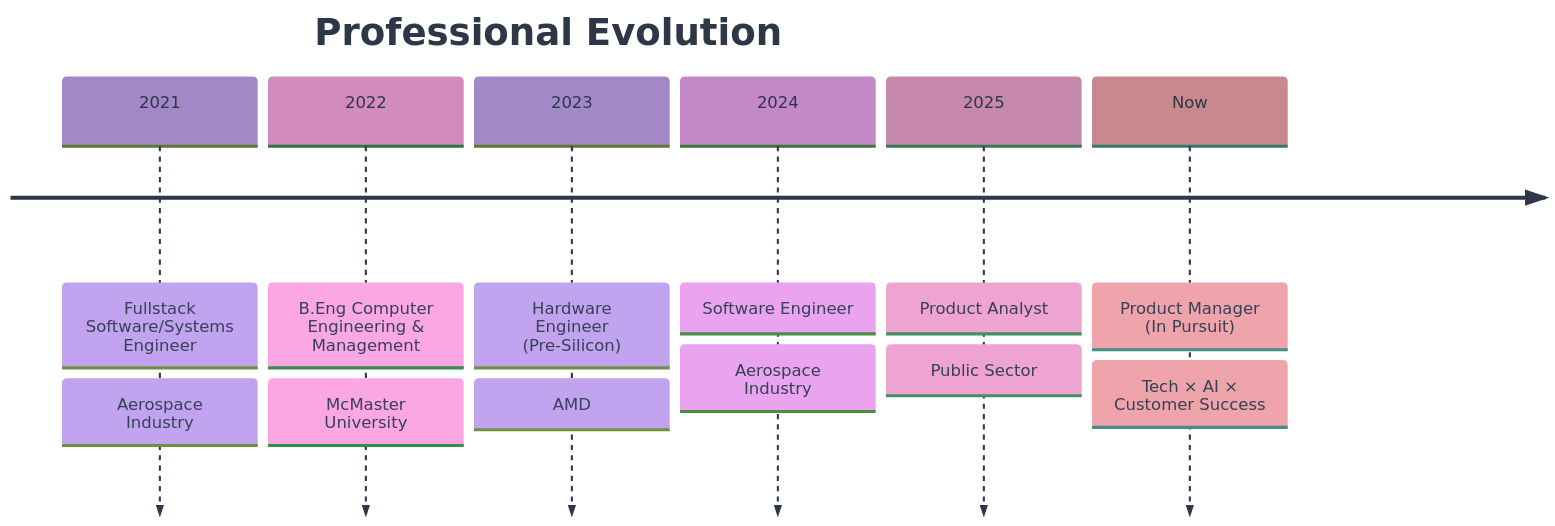
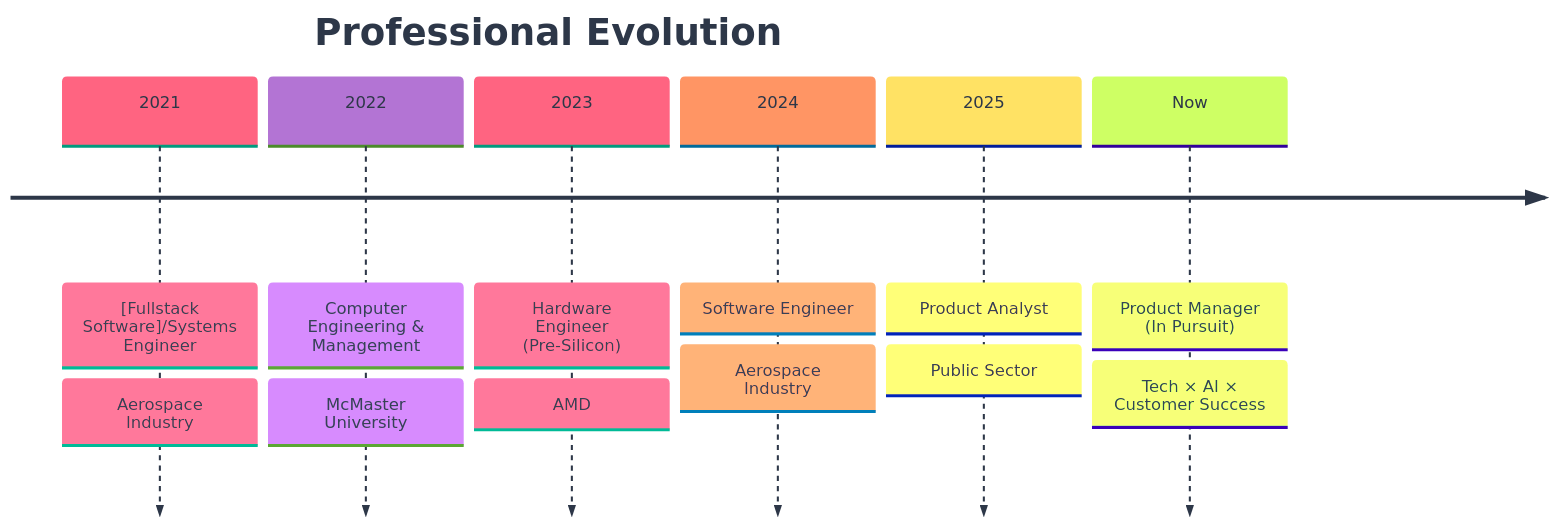
The diagram in README.md (jassadeol/jassadeol.github.io), drawn with Mermaid before and after one commit. The commit also changed other lines of this file, not shown here.

````diff
--- a/README.md
+++ b/README.md
@@ -25,17 +25,17 @@
 ```mermaid
-%%{init: {'theme':'base', 'themeVariables': { 'primaryColor':'#E6DFF0','primaryTextColor':'#2D3748','primaryBorderColor':'#9B7EBD','lineColor':'#9B7EBD','secondaryColor':'#F5E6F1','tertiaryColor':'#E6DFF0','background':'#FAFAFA','mainBkg':'#E6DFF0','secondBkg':'#F5E6F1'}}}%%
+%%{init: {'theme':'base', 'themeVariables': { 'primaryColor':'#FFE4E9','primaryTextColor':'#2D3748','primaryBorderColor':'#FF69B4','lineColor':'#FF69B4','secondaryColor':'#E8D5F2','tertiaryColor':'#FFE4E9','background':'#FFFFFF','mainBkg':'#FFE4E9','secondBkg':'#E8D5F2'}}}%%
 timeline
     title Professional Evolution
-    2021 : Fullstack Software/Systems Engineer
+    2021 : [Fullstack Software]/Systems Engineer
          : Aerospace Industry
-    2022 : B.Eng Computer Engineering & Management
+    2022 : Computer Engineering & Management
          : McMaster University
     2023 : Hardware Engineer (Pre-Silicon)
          : AMD
     2024 : Software Engineer
          : Aerospace Industry
     2025 : Product Analyst
          : Public Sector
     Now  : Product Manager (In Pursuit)
          : Tech × AI × Customer Success
 ```
````
